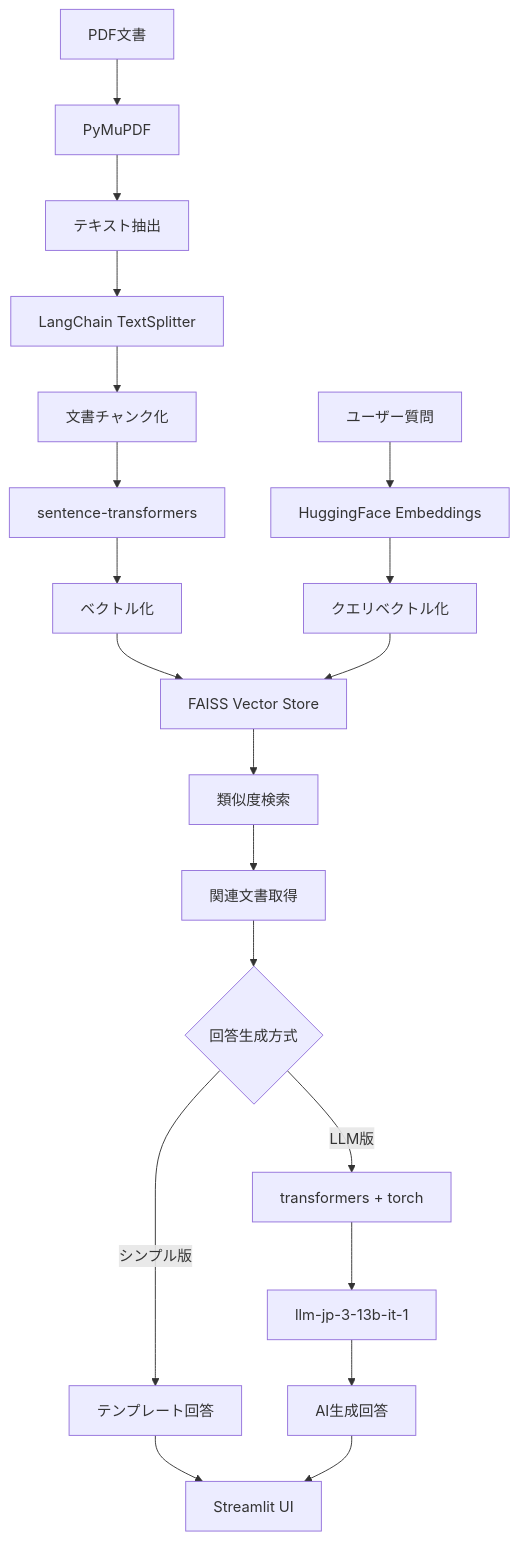
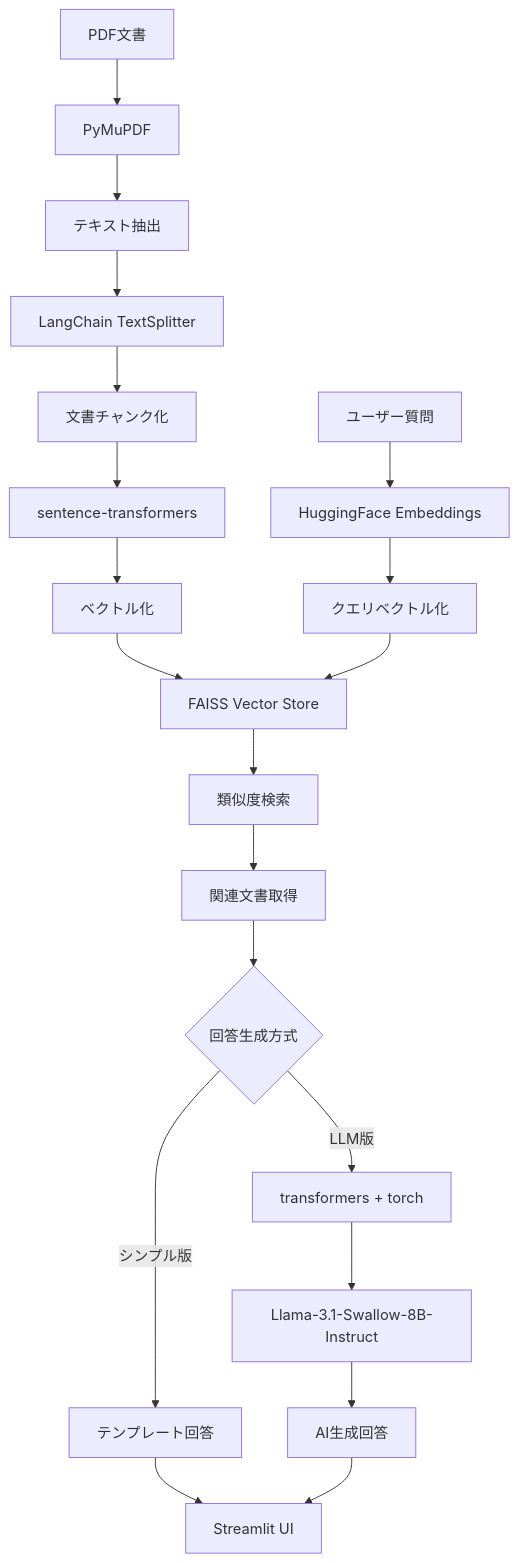
One commit to yf591/rag_chatbot_demo changed the diagram in README.md. Above: the diagram before and after it, drawn with Mermaid. The commit also changed other lines of this file and 5 other files, not shown here.

````diff
--- a/README.md
+++ b/README.md
@@ -91,25 +91,25 @@
 ```mermaid
 graph TB
     A[PDF文書] --> B[PyMuPDF]
     B --> C[テキスト抽出]
     C --> D[LangChain TextSplitter]
     D --> E[文書チャンク化]
     E --> F[sentence-transformers]
     F --> G[ベクトル化]
     G --> H[FAISS Vector Store]
     
     I[ユーザー質問] --> J[HuggingFace Embeddings]
     J --> K[クエリベクトル化]
     K --> H
     H --> L[類似度検索]
     L --> M[関連文書取得]
     
     M --> N{回答生成方式}
     N -->|シンプル版| O[テンプレート回答]
     N -->|LLM版| P[transformers + torch]
-    P --> Q[llm-jp-3-13b-it-1]
+    P --> Q[Llama-3.1-Swallow-8B-Instruct]
     Q --> R[AI生成回答]
     
     O --> S[Streamlit UI]
     R --> S
 ```
````
